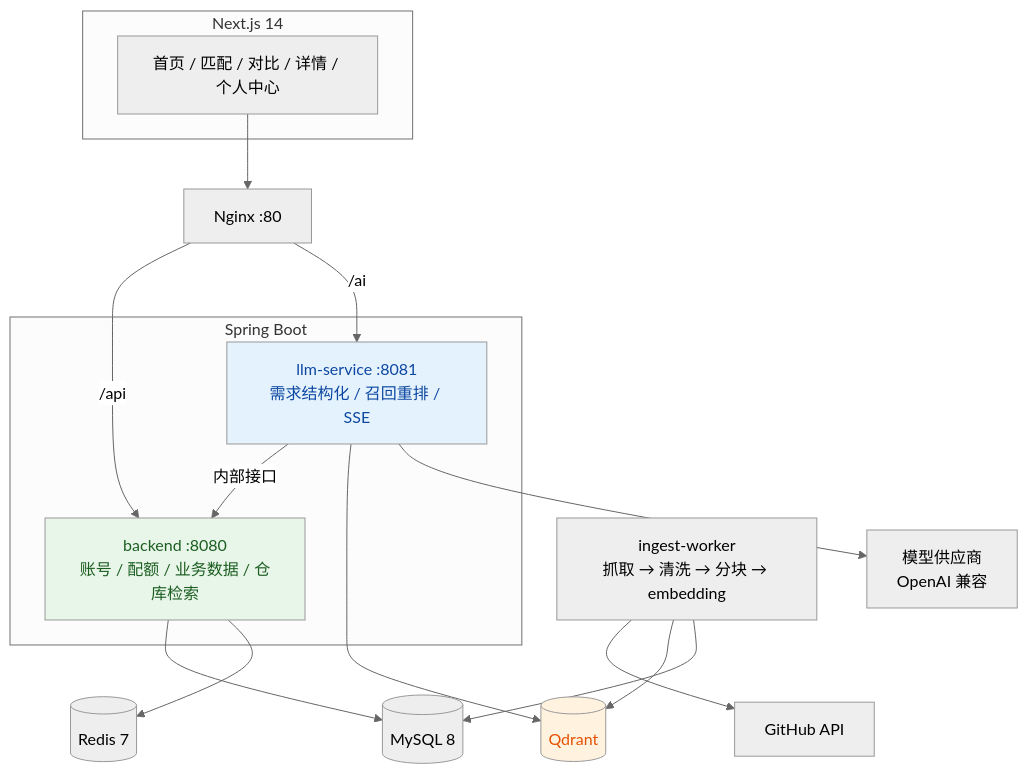
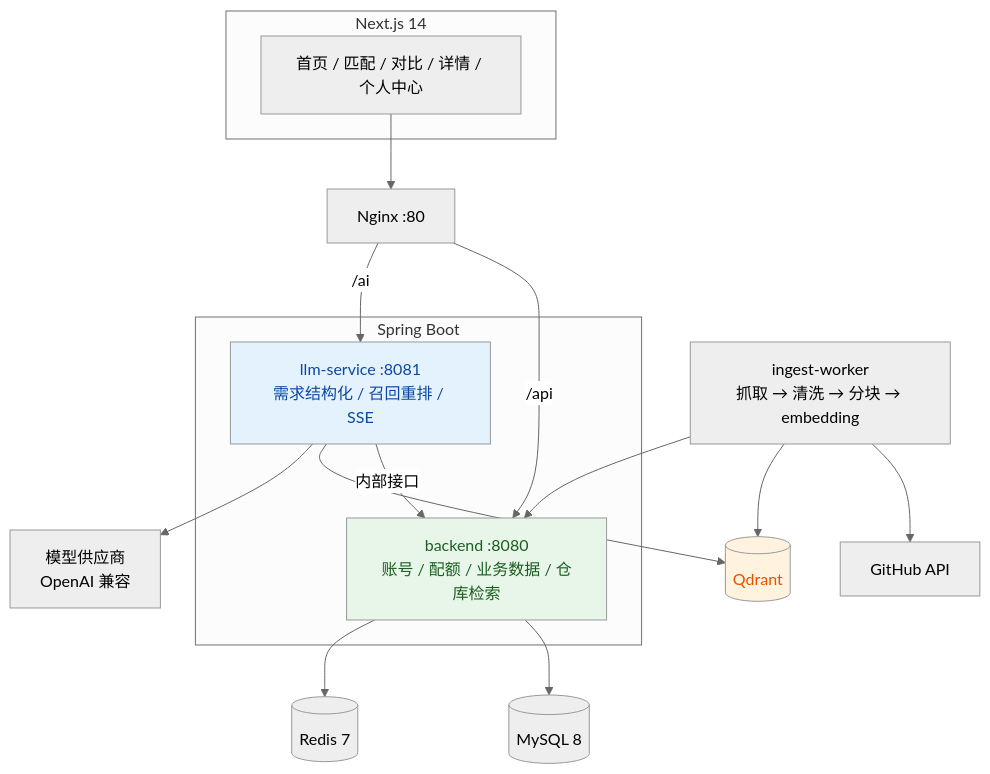
Before and after one commit to xxh11432/GitStarts: the second of 2 diagrams in README.md, drawn with Mermaid (neutral theme). The commit also changed other lines of this file and 78 other files, not shown here.

````diff
--- a/README.md
+++ b/README.md
@@ -103,36 +105,36 @@
 ```mermaid
 flowchart TB
     subgraph FE[Next.js 14]
         P[首页 / 匹配 / 对比 / 详情 / 个人中心]
     end
 
     N[Nginx :80]
 
     subgraph SVC[Spring Boot]
         B[backend :8080<br/>账号 / 配额 / 业务数据 / 仓库检索]
         L[llm-service :8081<br/>需求结构化 / 召回重排 / SSE]
     end
 
     M[(MySQL 8)]
     R[(Redis 7)]
     Q[(Qdrant)]
     W[ingest-worker<br/>抓取 → 清洗 → 分块 → embedding]
     G[GitHub API]
     LLM[模型供应商<br/>OpenAI 兼容]
 
     P --> N
     N -->|/api| B
     N -->|/ai| L
     L -->|内部接口| B
     B --> M
     B --> R
     L --> Q
     L --> LLM
     W --> G
+    W --> B
     W --> Q
-    W --> M
 
     style B fill:#e8f5e9,color:#1b5e20
     style L fill:#e3f2fd,color:#0d47a1
     style Q fill:#fff3e0,color:#e65100
 ```
````
